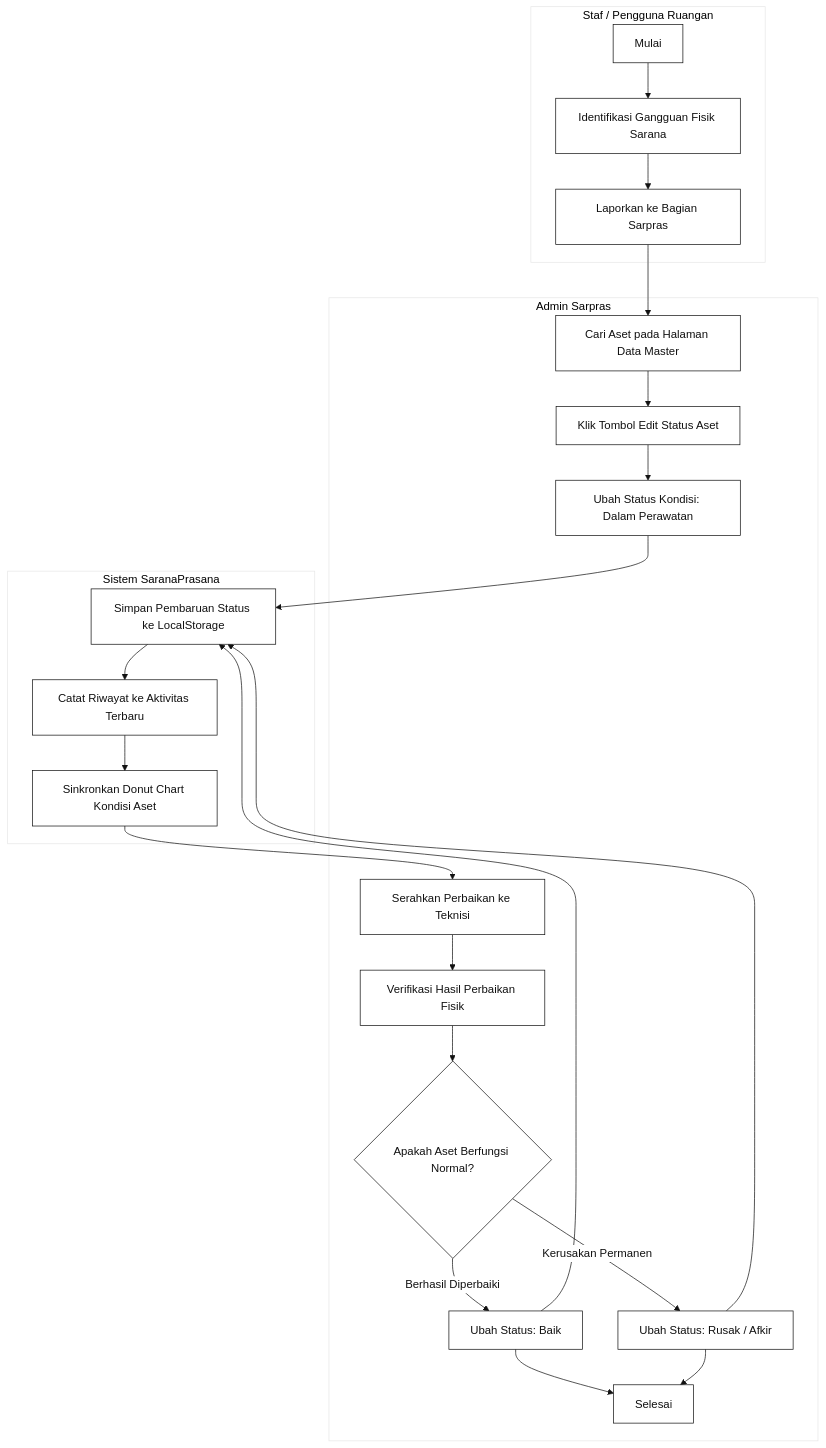
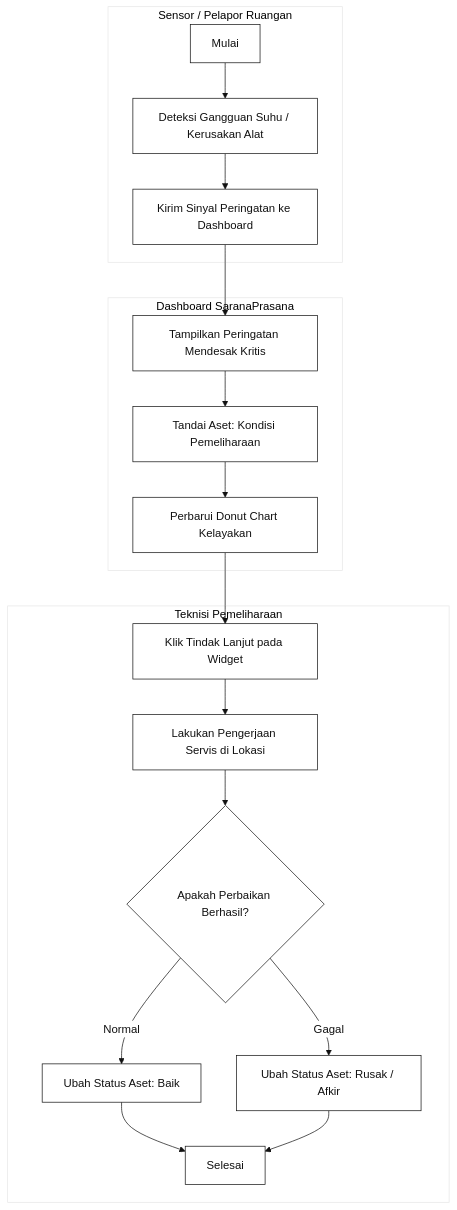
The third of 4 diagrams in docs/perancangan.md (HeinrichRaxwell/Sarpras), drawn with Mermaid before and after one commit. The commit also changed other lines of this file and 12 other files, not shown here.

````diff
--- a/docs/perancangan.md
+++ b/docs/perancangan.md
@@ -187,42 +203,34 @@
 ```mermaid
 %%{init: {'theme': 'base', 'themeVariables': { 'primaryColor': '#ffffff', 'primaryBorderColor': '#111111', 'primaryTextColor': '#111111', 'lineColor': '#111111', 'secondaryColor': '#ffffff', 'tertiaryColor': '#ffffff' }}}%%
 flowchart TD
-    subgraph Staf["Staf / Pengguna Ruangan"]
-        U1["Mulai"] --> U2["Identifikasi Gangguan Fisik Sarana"]
-        U2 --> U3["Laporkan ke Bagian Sarpras"]
+    subgraph Monitoring["Sensor / Pelapor Ruangan"]
+        M1["Mulai"] --> M2["Deteksi Gangguan Suhu / Kerusakan Alat"]
+        M2 --> M3["Kirim Sinyal Peringatan ke Dashboard"]
     end
 
-    subgraph Admin["Admin Sarpras"]
-        M1["Cari Aset pada Halaman Data Master"]
-        M2["Klik Tombol Edit Status Aset"]
-        M3["Ubah Status Kondisi: Dalam Perawatan"]
-        M4["Serahkan Perbaikan ke Teknisi"]
-        M5["Verifikasi Hasil Perbaikan Fisik"]
-        M6{"Apakah Aset Berfungsi Normal?"}
-        M7["Ubah Status: Baik"]
-        M8["Ubah Status: Rusak / Afkir"]
-        M9["Selesai"]
+    subgraph Dashboard["Dashboard SaranaPrasana"]
+        D1["Tampilkan Peringatan Mendesak Kritis"]
+        D2["Tandai Aset: Kondisi Pemeliharaan"]
+        D3["Perbarui Donut Chart Kelayakan"]
     end
 
-    subgraph Aplikasi["Sistem SaranaPrasana"]
-        APP1["Simpan Pembaruan Status ke LocalStorage"]
-        APP2["Catat Riwayat ke Aktivitas Terbaru"]
-        APP3["Sinkronkan Donut Chart Kondisi Aset"]
+    subgraph Teknisi["Teknisi Pemeliharaan"]
+        T1["Klik Tindak Lanjut pada Widget"]
+        T2["Lakukan Pengerjaan Servis di Lokasi"]
+        T3{"Apakah Perbaikan Berhasil?"}
+        T4["Ubah Status Aset: Baik"]
+        T5["Ubah Status Aset: Rusak / Afkir"]
+        T6["Selesai"]
     end
 
-    U3 --> M1
-    M1 --> M2
-    M2 --> M3
-    M3 --> APP1
-    APP1 --> APP2
-    APP2 --> APP3
-    APP3 --> M4
-    M4 --> M5
-    M5 --> M6
-    M6 -- "Berhasil Diperbaiki" --> M7
-    M6 -- "Kerusakan Permanen" --> M8
-    M7 --> APP1
-    M8 --> APP1
-    M7 --> M9
-    M8 --> M9
+    M3 --> D1
+    D1 --> D2
+    D2 --> D3
+    D3 --> T1
+    T1 --> T2
+    T2 --> T3
+    T3 -- "Normal" --> T4
+    T3 -- "Gagal" --> T5
+    T4 --> T6
+    T5 --> T6
 ```
````
